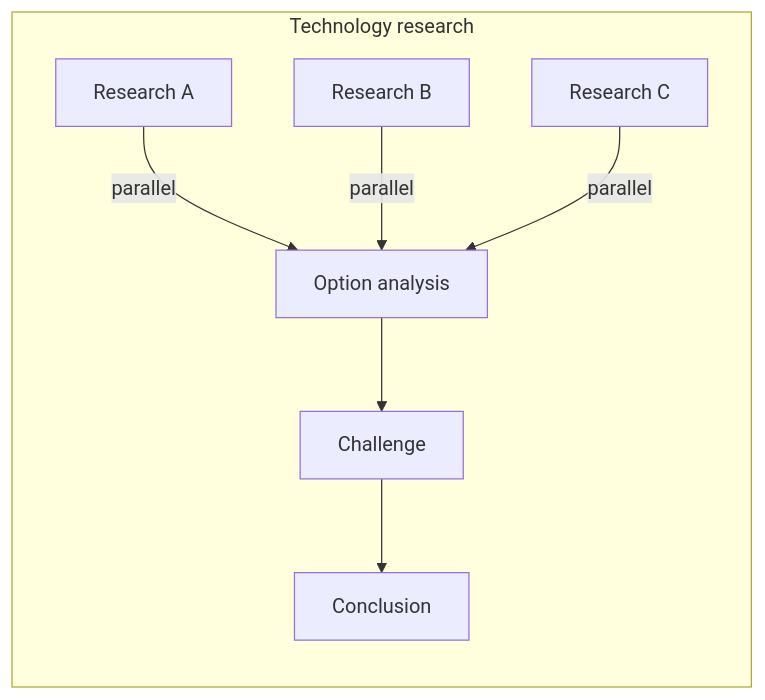
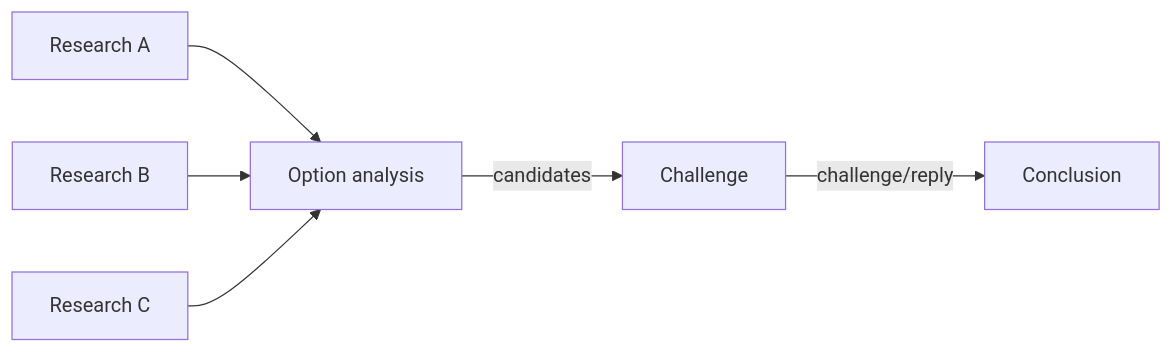
One commit to icylight/pi-tavern changed the sixth of 6 diagrams in README.en.md. Above: the diagram before and after it, drawn with Mermaid. The commit also changed other lines of this file and 1 other file, not shown here.

Commit message:
docs(readme): 团队示例整合 Dev 素材包——5 列对比表格（触发/信息流/拓扑/协作约定）+ 详细 Mermaid（QA 预审通过，中英对等）

````diff
--- a/README.en.md
+++ b/README.en.md
@@ -160,8 +157,8 @@
 ```mermaid
 flowchart LR
-    subgraph Technology research
-        R1[Research A] & R2[Research B] & R3[Research C] -->|parallel| N[Option analysis]
-        N --> G[Challenge]
-        G --> C[Conclusion]
-    end
+    R1["Research A"] --> SA["Option analysis"]
+    R2["Research B"] --> SA
+    R3["Research C"] --> SA
+    SA -->|"candidates"| AD["Challenge"]
+    AD -->|"challenge/reply"| CC["Conclusion"]
 ```
````
